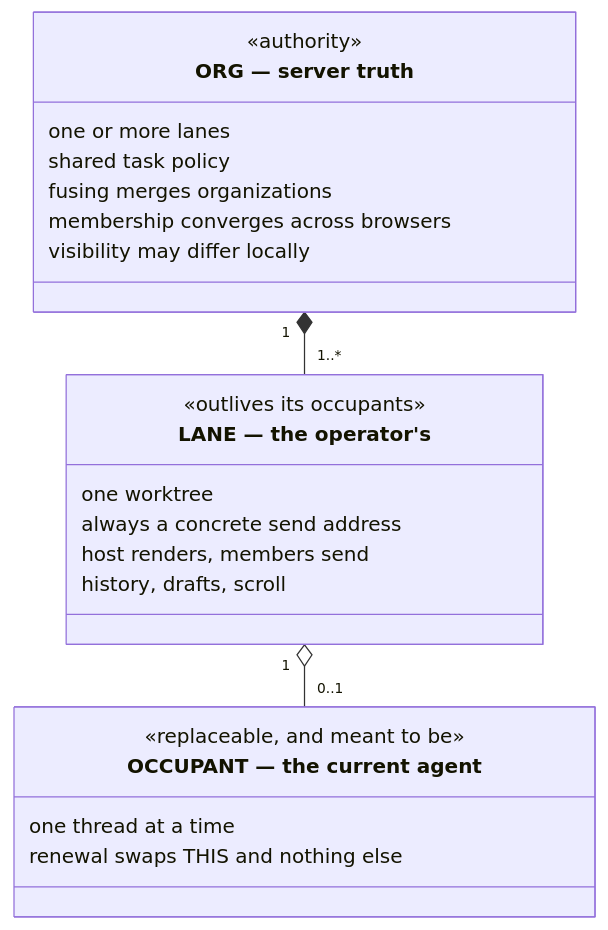
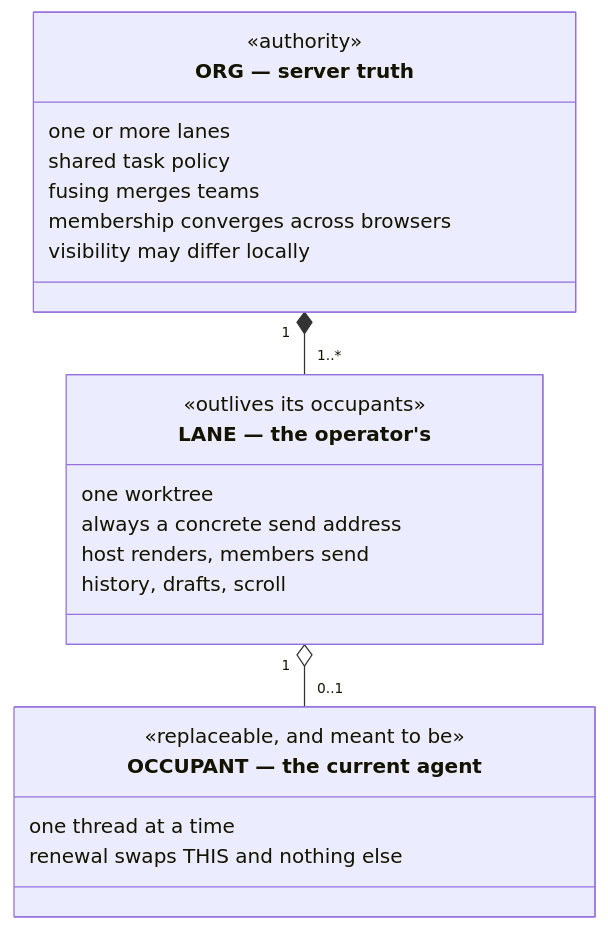
One commit to infimalabs/spice-rust changed diagram 17 of 25 in docs/product/value.md. Above: the diagram before and after it, drawn with Mermaid. The commit also changed other lines of this file and 235 other files, not shown here.

````diff
--- a/docs/product/value.md
+++ b/docs/product/value.md
@@ -407,25 +407,25 @@
 ```mermaid
 classDiagram
   class Org["ORG — server truth"] {
     <<authority>>
     one or more lanes
     shared task policy
-    fusing merges organizations
+    fusing merges teams
     membership converges across browsers
     visibility may differ locally
   }
   class Lane["LANE — the operator's"] {
     <<outlives its occupants>>
     one worktree
     always a concrete send address
     host renders, members send
     history, drafts, scroll
   }
   class Occupant["OCCUPANT — the current agent"] {
     <<replaceable, and meant to be>>
     one thread at a time
     renewal swaps THIS and nothing else
   }
   Org "1" *-- "1..*" Lane
   Lane "1" o-- "0..1" Occupant
 ```
````
